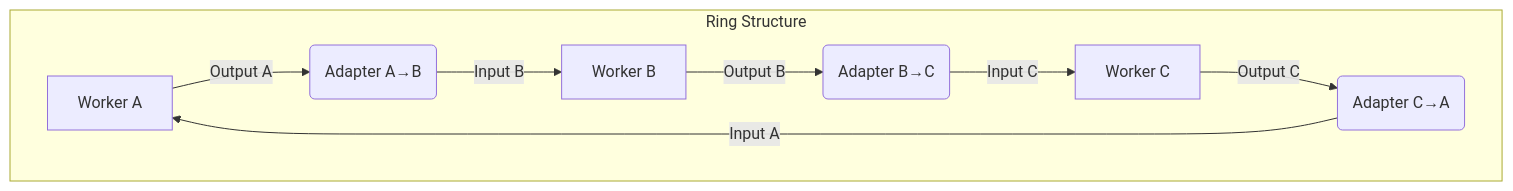
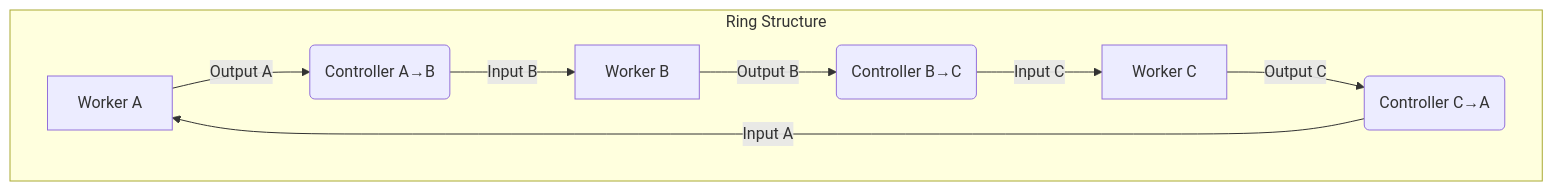
The diagram in apps/orchestrator/docs/note.md (Xo1otl/alphaprobe), drawn with Mermaid before and after one commit. The commit also changed other lines of this file and 6 other files, not shown here.

````diff
--- a/apps/orchestrator/docs/note.md
+++ b/apps/orchestrator/docs/note.md
@@ -9,18 +60,18 @@
 ```mermaid
 graph TD
     subgraph Ring Structure
         A[Worker A]
-        Ad_AB(Adapter A→B)
+        Ad_AB(Controller A→B)
         B[Worker B]
-        Ad_BC(Adapter B→C)
+        Ad_BC(Controller B→C)
         C[Worker C]
-        Ad_CA(Adapter C→A)
+        Ad_CA(Controller C→A)
     end
 
     A -- "Output A" --> Ad_AB;
     Ad_AB -- "Input B" --> B;
     B -- "Output B" --> Ad_BC;
     Ad_BC -- "Input C" --> C;
     C -- "Output C" --> Ad_CA;
     Ad_CA -- "Input A" --> A;
 ```
````
